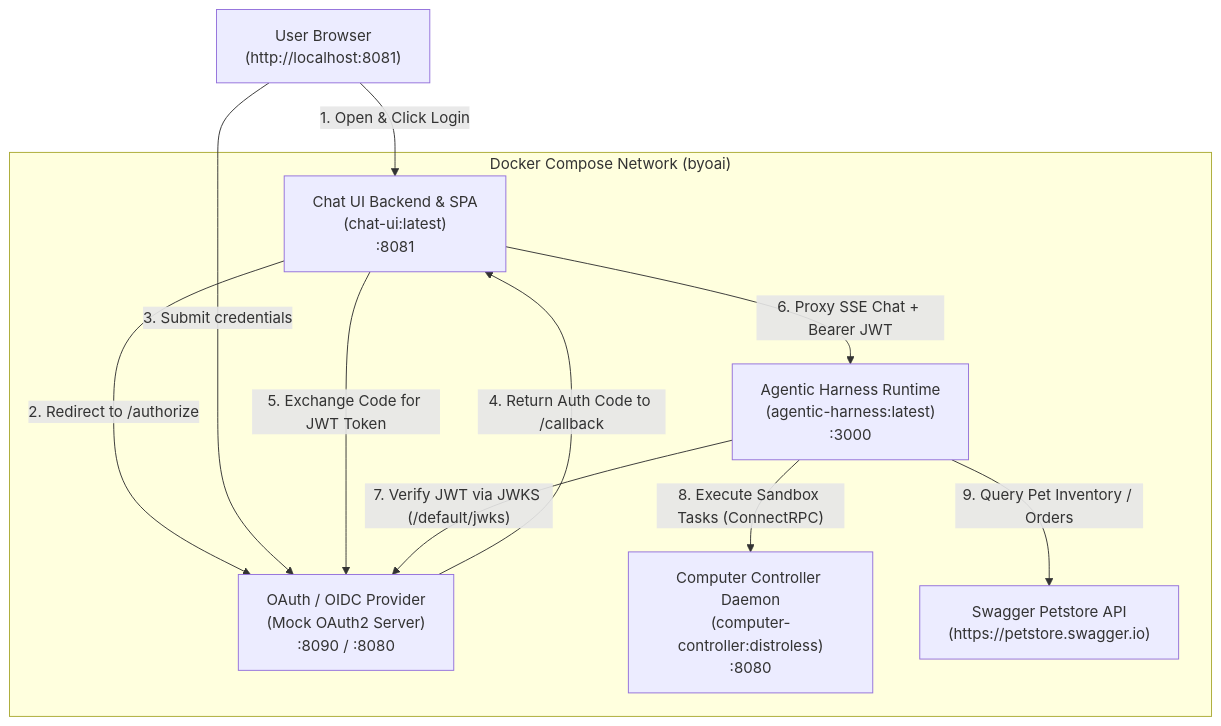
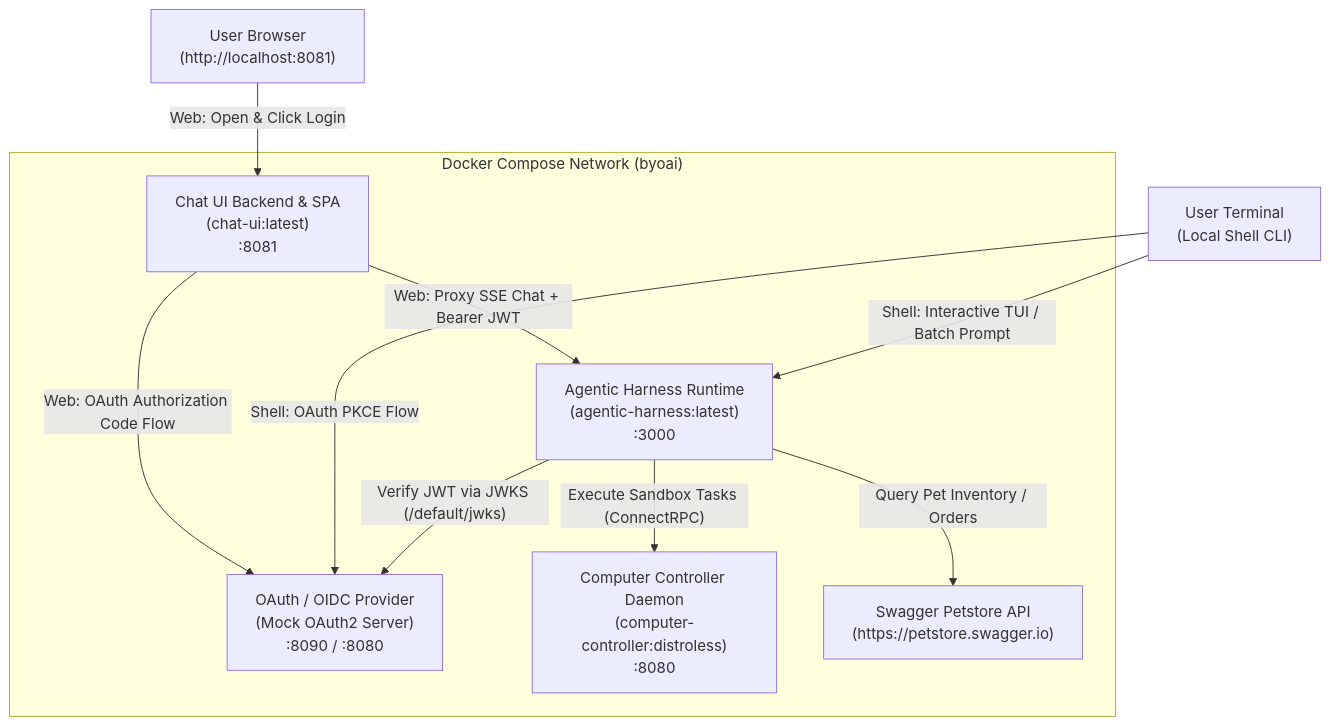
The diagram in examples/pet-adoption-agent/README.md (adityarao2005/BYoAI-Deployment-Platform), drawn with Mermaid before and after one commit. The commit also changed other lines of this file and 3 other files, not shown here.

Commit message:
feat: add shell CLI execution mode and Docker Compose configuration for pet adoption agent

````diff
--- a/examples/pet-adoption-agent/README.md
+++ b/examples/pet-adoption-agent/README.md
@@ -13,22 +14,24 @@
 ```mermaid
 graph TD
     Browser["User Browser<br/>(http://localhost:8081)"]
+    Terminal["User Terminal<br/>(Local Shell CLI)"]
     
     subgraph "Docker Compose Network (byoai)"
         OAuth["OAuth / OIDC Provider<br/>(Mock OAuth2 Server)<br/>:8090 / :8080"]
         ChatUI["Chat UI Backend & SPA<br/>(chat-ui:latest)<br/>:8081"]
         Harness["Agentic Harness Runtime<br/>(agentic-harness:latest)<br/>:3000"]
         CC["Computer Controller Daemon<br/>(computer-controller:distroless)<br/>:8080"]
         ExtAPI["Swagger Petstore API<br/>(https://petstore.swagger.io)"]
     end
 
-    Browser -->|"1. Open & Click Login"| ChatUI
-    ChatUI -->|"2. Redirect to /authorize"| OAuth
-    Browser -->|"3. Submit credentials"| OAuth
-    OAuth -->|"4. Return Auth Code to /callback"| ChatUI
-    ChatUI -->|"5. Exchange Code for JWT Token"| OAuth
-    ChatUI -->|"6. Proxy SSE Chat + Bearer JWT"| Harness
-    Harness -->|"7. Verify JWT via JWKS (/default/jwks)"| OAuth
-    Harness -->|"8. Execute Sandbox Tasks (ConnectRPC)"| CC
-    Harness -->|"9. Query Pet Inventory / Orders"| ExtAPI
+    Browser -->|"Web: Open & Click Login"| ChatUI
+    ChatUI -->|"Web: OAuth Authorization Code Flow"| OAuth
+    ChatUI -->|"Web: Proxy SSE Chat + Bearer JWT"| Harness
+    
+    Terminal -->|"Shell: Interactive TUI / Batch Prompt"| Harness
+    Terminal -->|"Shell: OAuth PKCE Flow"| OAuth
+
+    Harness -->|"Verify JWT via JWKS (/default/jwks)"| OAuth
+    Harness -->|"Execute Sandbox Tasks (ConnectRPC)"| CC
+    Harness -->|"Query Pet Inventory / Orders"| ExtAPI
 ```
````
